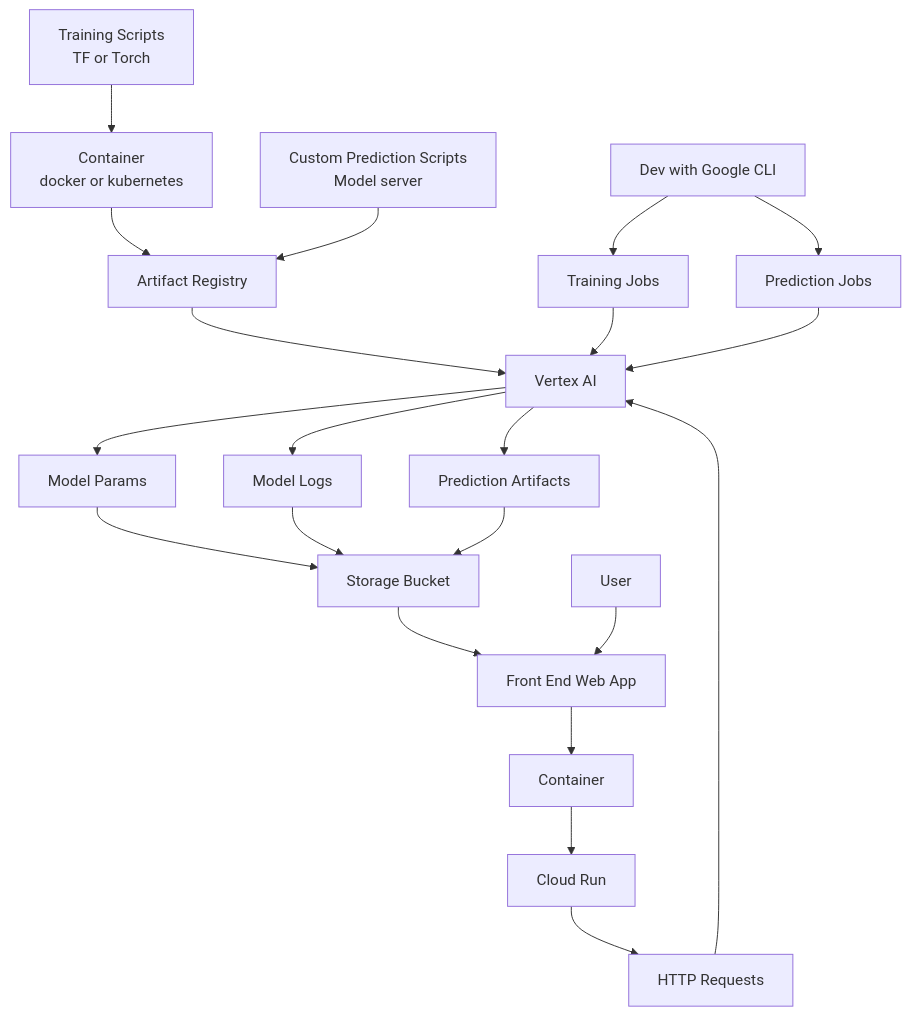
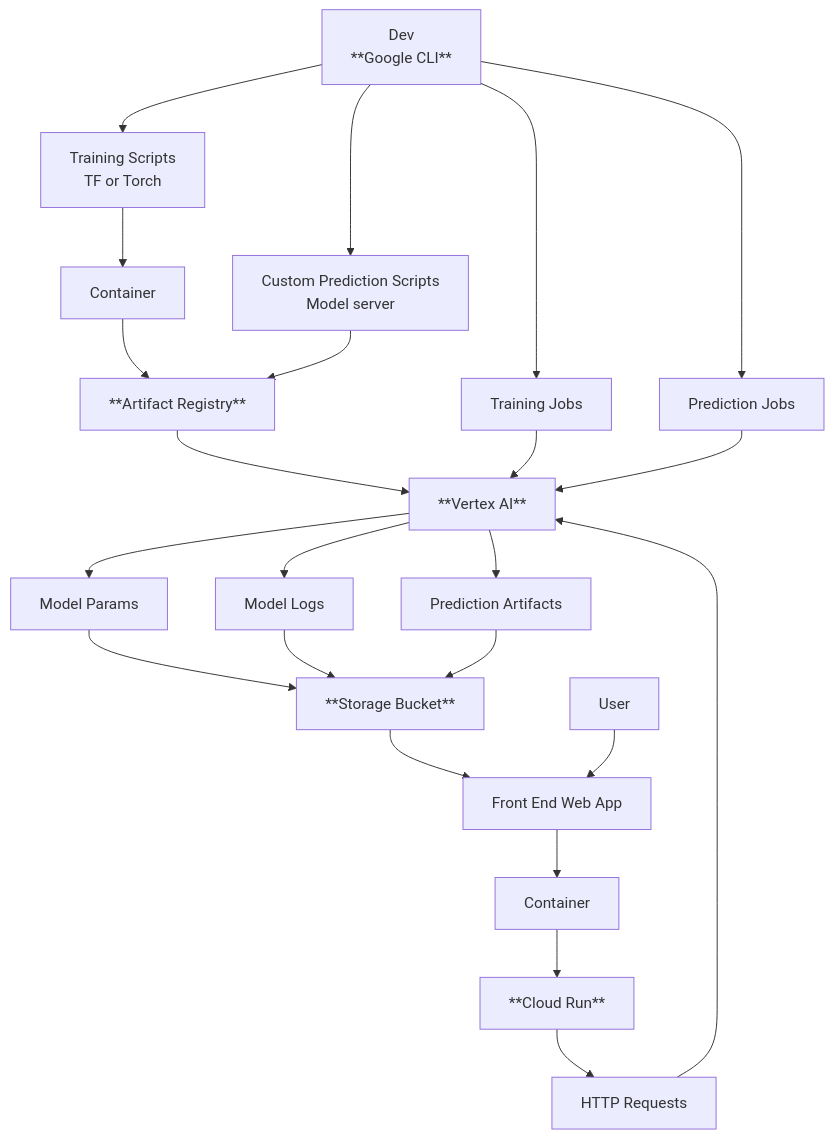
Before and after one commit to nuEGil/NotesOnTextTasks: the diagram in ReadMe.md, drawn with Mermaid.

````diff
--- a/ReadMe.md
+++ b/ReadMe.md
@@ -41,23 +41,23 @@
 ```mermaid
 graph TD;
-    A[Training Scripts<br/>TF or Torch<br/>]-->B[Container<br/>docker or kubernetes];
-    B-->C[Artifact Registry];
+    A[Training Scripts<br/>TF or Torch<br/>]-->B[Container<br/>];
+    B-->C[**Artifact Registry**];
     D[Custom Prediction Scripts<br/>Model server<br/>]-->C;
-    C-->E[Vertex AI];
+    C-->E[**Vertex AI**];
     F[Training Jobs]-->E;
     G[Prediction Jobs]-->E;
     E-->H[Model Params] & I[Model Logs] & J[Prediction Artifacts];
-    H & I & J -->K[Storage Bucket];
+    H & I & J -->K[**Storage Bucket**];
     L[Front End Web App]-->M[Container];
-    M-->N[Cloud Run];
+    M-->N[**Cloud Run**];
     N-->O[HTTP Requests];
     O-->E;
     K-->L;
     P[User]-->L;
-    Q[Dev with Google CLI]-->F & G;
+    Q[Dev<br/>**Google CLI**]-->F & G & A & D;
 
 
     
 
     
 ```
````
